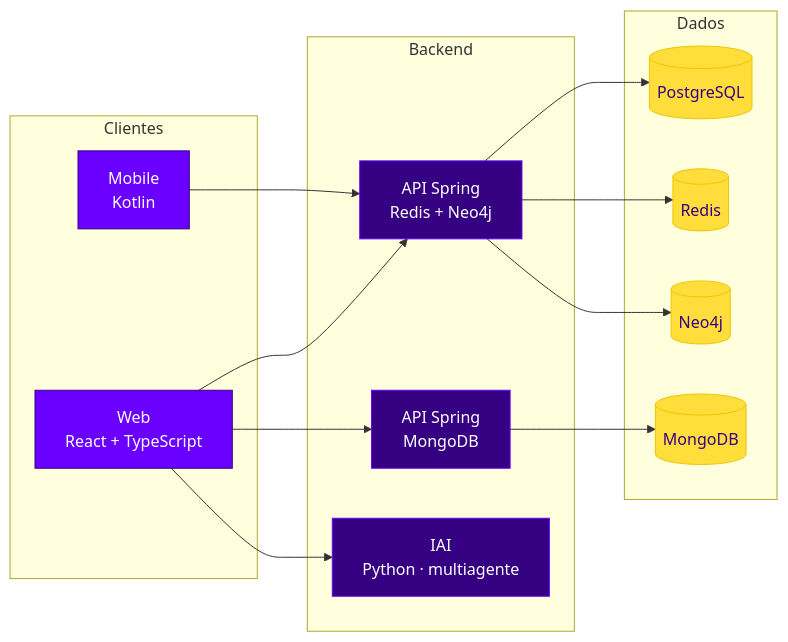
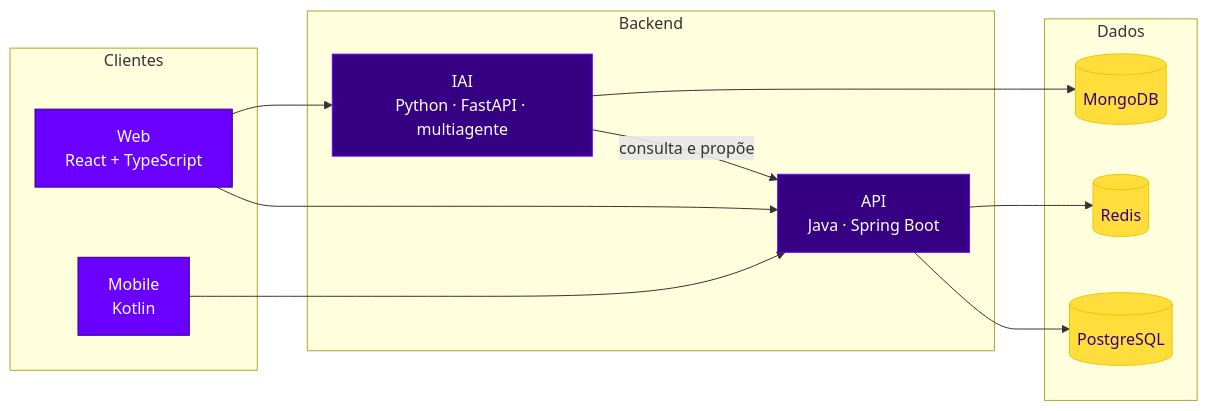
The first of 2 diagrams in profile/README.md (InventraTech/.github), drawn with Mermaid before and after one commit. The commit also changed other lines of this file, not shown here.

Commit message:
docs: corrige repositórios e arquitetura do README (api-2, sem Neo4j) e adiciona o fluxo de CD (#22)

````diff
--- a/profile/README.md
+++ b/profile/README.md
@@ -88,36 +88,33 @@
 ```mermaid
 flowchart LR
     subgraph Clientes
         WEB["Web<br/>React + TypeScript"]
         MOB["Mobile<br/>Kotlin"]
     end
 
     subgraph Backend
-        API["API Spring<br/>Redis + Neo4j"]
-        MAPI["API Spring<br/>MongoDB"]
-        IA["IAI<br/>Python · multiagente"]
+        API["API<br/>Java · Spring Boot"]
+        IA["IAI<br/>Python · FastAPI · multiagente"]
     end
 
     subgraph Dados
         PG[("PostgreSQL")]
         RD[("Redis")]
-        NJ[("Neo4j")]
         MG[("MongoDB")]
     end
 
     WEB --> API
+    WEB --> IA
     MOB --> API
-    WEB --> MAPI
-    WEB --> IA
+    IA -->|consulta e propõe| API
     API --> PG
     API --> RD
-    API --> NJ
-    MAPI --> MG
+    IA --> MG
 
     classDef cliente fill:#6A00FF,stroke:#360082,color:#ffffff
     classDef servico fill:#360082,stroke:#6A00FF,color:#ffffff
     classDef dado fill:#FFDE3B,stroke:#ECC506,color:#360082
     class WEB,MOB cliente
-    class API,MAPI,IA servico
-    class PG,RD,NJ,MG dado
+    class API,IA servico
+    class PG,RD,MG dado
 ```
````
